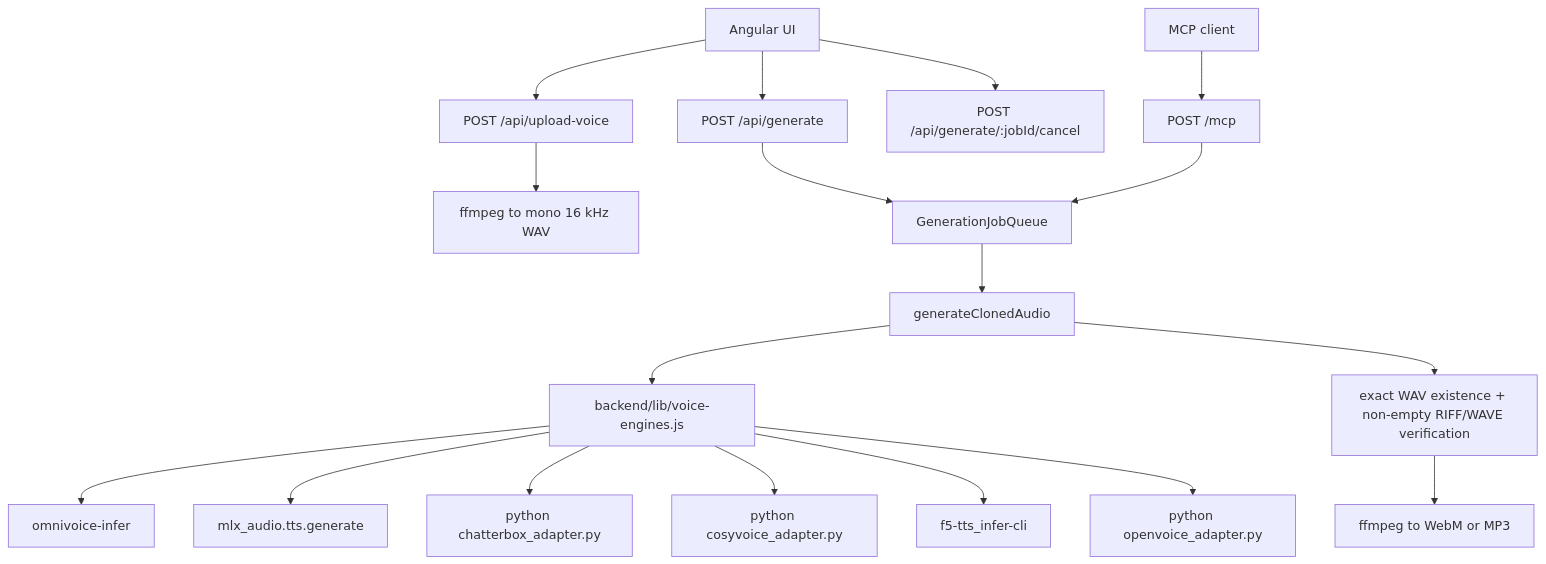
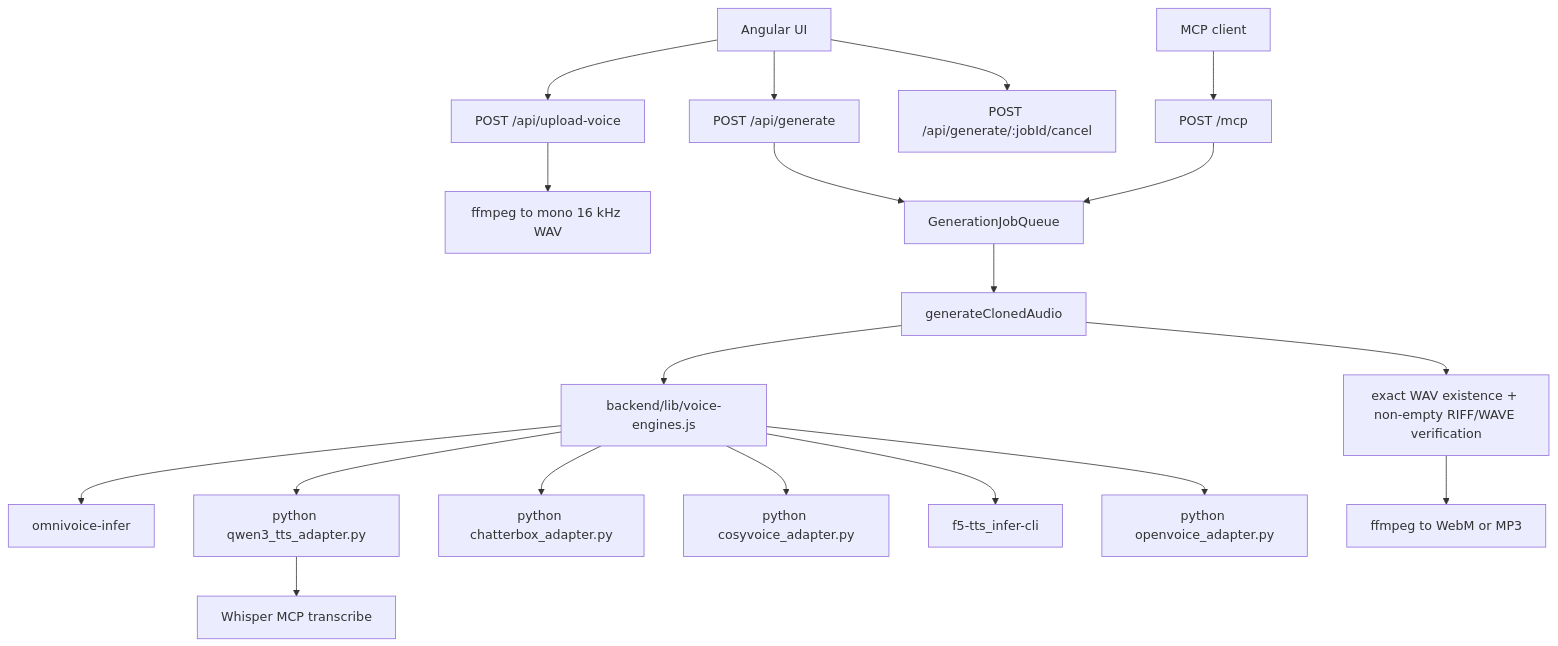
One commit to lad75020/VoiceCloning changed the diagram in .sdd/docs/architecture.md. Above: the diagram before and after it, drawn with Mermaid. The commit also changed other lines of this file and 15 other files, not shown here.

Commit message:
qwen3 TTS

````diff
--- a/.sdd/docs/architecture.md
+++ b/.sdd/docs/architecture.md
@@ -14,20 +14,21 @@
 ```mermaid
 graph TD
   Browser[Angular UI] --> Upload[POST /api/upload-voice]
   Browser --> Generate[POST /api/generate]
   Browser --> Cancel[POST /api/generate/:jobId/cancel]
   Agent[MCP client] --> Mcp[POST /mcp]
   Upload --> FfmpegIn[ffmpeg to mono 16 kHz WAV]
   Generate --> Queue[GenerationJobQueue]
   Mcp --> Queue
   Queue --> Shared[generateClonedAudio]
   Shared --> EngineModule[backend/lib/voice-engines.js]
   EngineModule --> OmniVoice[omnivoice-infer]
-  EngineModule --> MlxQwen[mlx_audio.tts.generate]
+  EngineModule --> Qwen[python qwen3_tts_adapter.py]
+  Qwen --> WhisperMcp[Whisper MCP transcribe]
   EngineModule --> Chatterbox[python chatterbox_adapter.py]
   EngineModule --> CosyVoice[python cosyvoice_adapter.py]
   EngineModule --> F5[f5-tts_infer-cli]
   EngineModule --> OpenVoice[python openvoice_adapter.py]
   Shared --> Verify[exact WAV existence + non-empty RIFF/WAVE verification]
   Verify --> FfmpegOut[ffmpeg to WebM or MP3]
 ```
````
